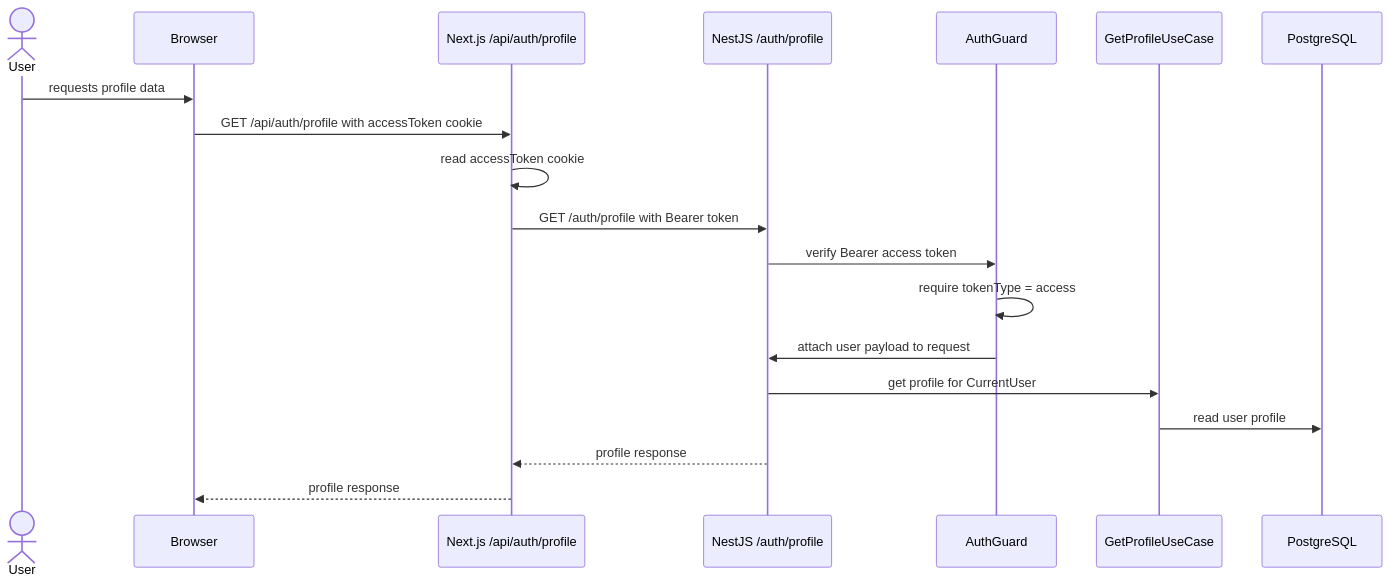
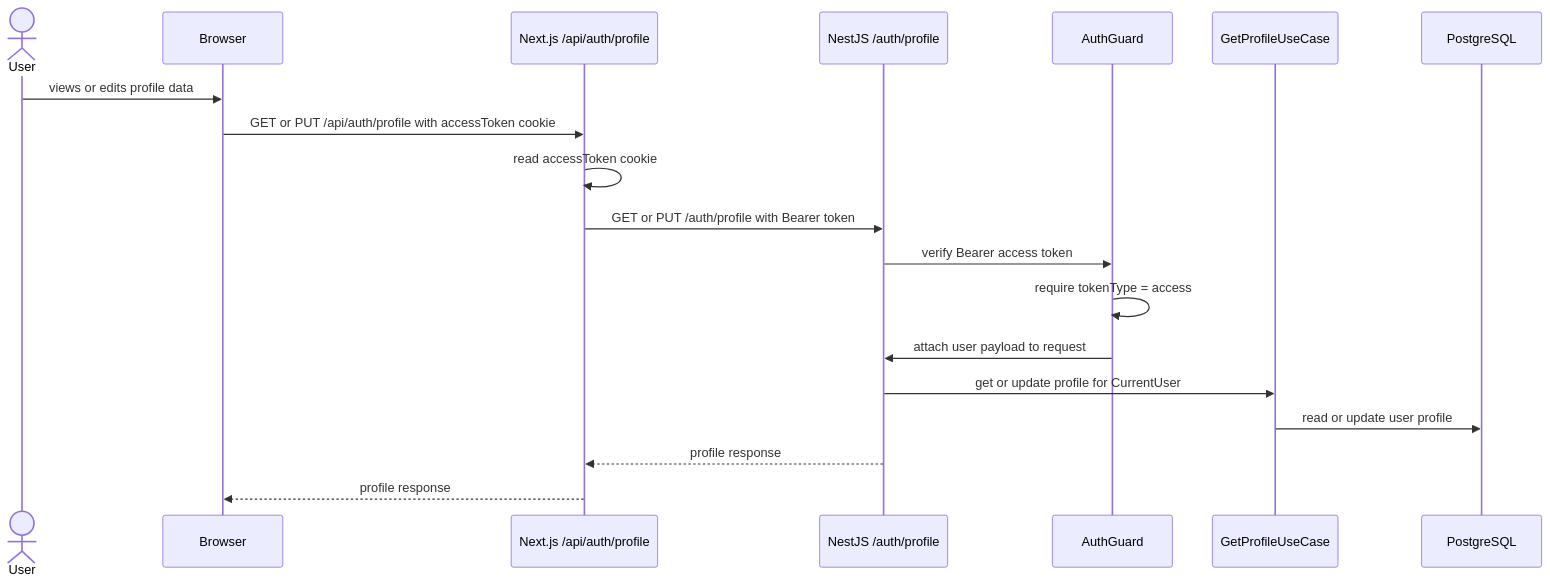
One commit to Erics-Barbers/erics-barbers-docs changed the eighth of 11 diagrams in Authentication Flows.md. Above: the diagram before and after it, drawn with Mermaid. The commit also changed other lines of this file and 6 other files, not shown here.

````diff
--- a/Authentication Flows.md
+++ b/Authentication Flows.md
@@ -435,22 +480,22 @@
 ```mermaid
 sequenceDiagram
     actor User
     participant Browser
     participant NextProfile as Next.js /api/auth/profile
     participant NestProfile as NestJS /auth/profile
     participant Guard as AuthGuard
     participant UseCase as GetProfileUseCase
     participant DB as PostgreSQL
 
-    User->>Browser: requests profile data
-    Browser->>NextProfile: GET /api/auth/profile with accessToken cookie
+    User->>Browser: views or edits profile data
+    Browser->>NextProfile: GET or PUT /api/auth/profile with accessToken cookie
     NextProfile->>NextProfile: read accessToken cookie
-    NextProfile->>NestProfile: GET /auth/profile with Bearer token
+    NextProfile->>NestProfile: GET or PUT /auth/profile with Bearer token
     NestProfile->>Guard: verify Bearer access token
     Guard->>Guard: require tokenType = access
     Guard->>NestProfile: attach user payload to request
-    NestProfile->>UseCase: get profile for CurrentUser
-    UseCase->>DB: read user profile
+    NestProfile->>UseCase: get or update profile for CurrentUser
+    UseCase->>DB: read or update user profile
     NestProfile-->>NextProfile: profile response
     NextProfile-->>Browser: profile response
 ```
````
